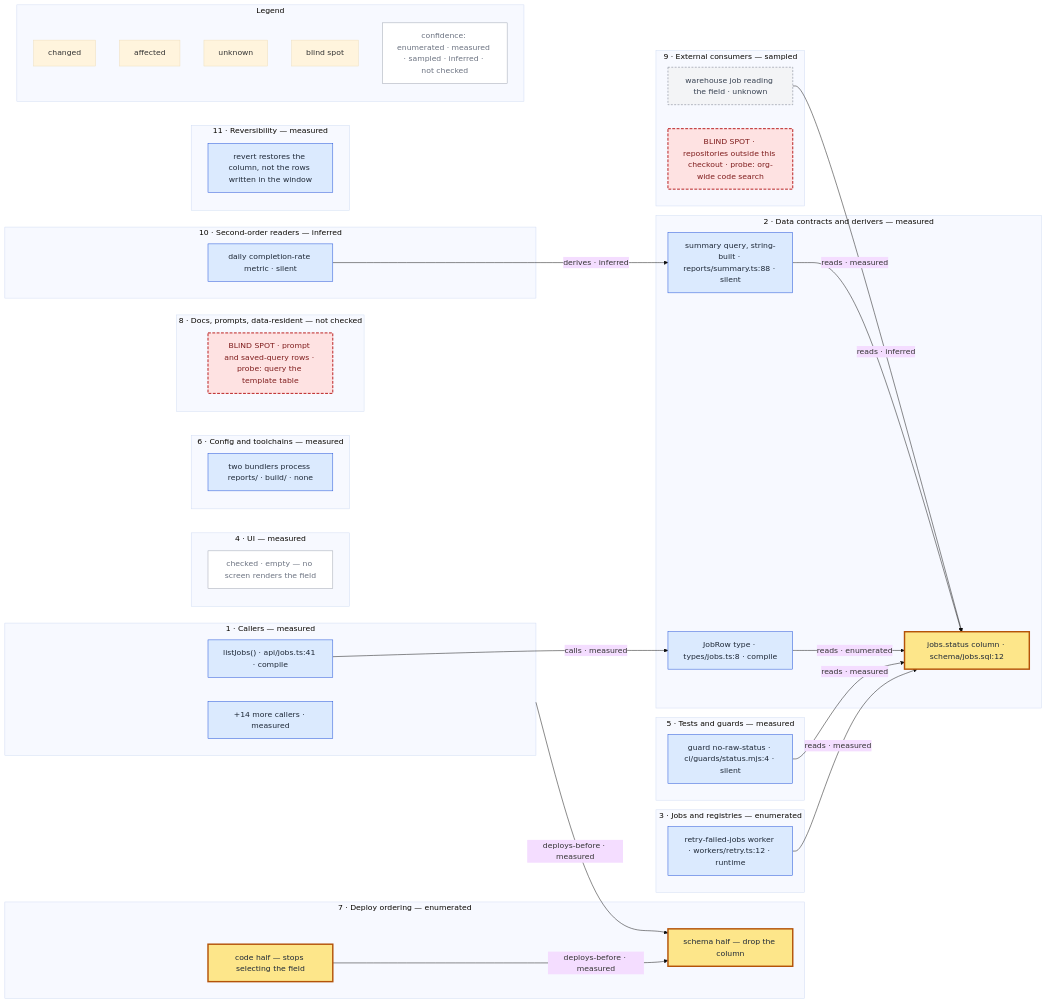
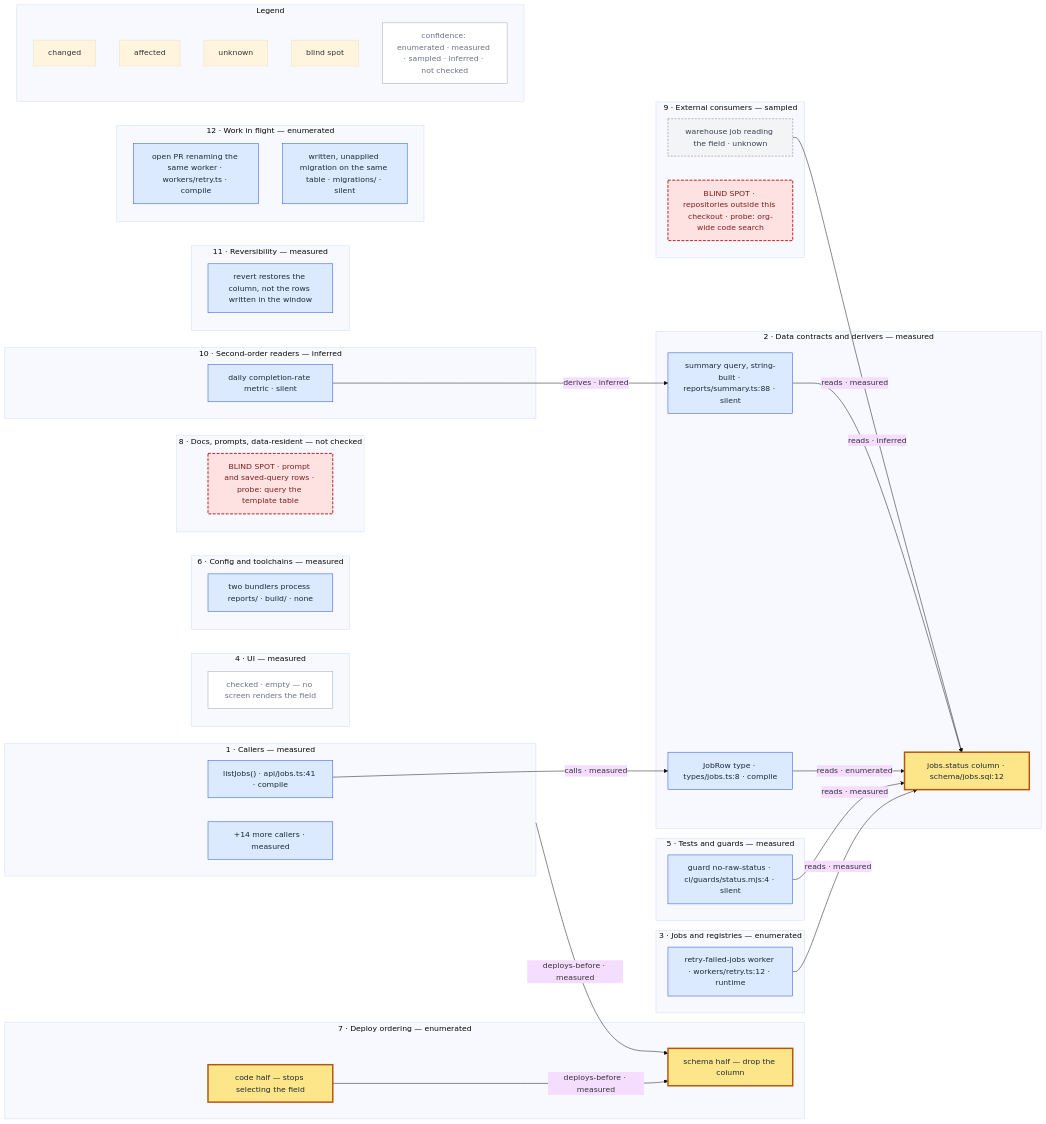
The diagram in skills/visualise-blast-area/references/worked-render.md (crissmoldovan/agent-skills), drawn with Mermaid (base theme) before and after one commit. The commit also changed other lines of this file and 8 other files, not shown here.

First line of the commit message:
feat(blast-area): add the work-in-flight surface, and make a discard something the map can show

````diff
--- a/skills/visualise-blast-area/references/worked-render.md
+++ b/skills/visualise-blast-area/references/worked-render.md
@@ -49,70 +49,74 @@
 ```mermaid
 flowchart LR
   subgraph s_callers["1 · Callers — measured"]
     n3["listJobs() · api/jobs.ts:41 · compile"]
     n5["+14 more callers · measured"]
   end
   subgraph s_data_contracts["2 · Data contracts and derivers — measured"]
     n1["jobs.status column · schema/jobs.sql:12"]
     n2["JobRow type · types/jobs.ts:8 · compile"]
     n4["summary query, string-built · reports/summary.ts:88 · silent"]
   end
   subgraph s_jobs["3 · Jobs and registries — enumerated"]
     n6["retry-failed-jobs worker · workers/retry.ts:12 · runtime"]
   end
   subgraph s_ui["4 · UI — measured"]
     c1["checked · empty — no screen renders the field"]
   end
   subgraph s_tests_and_guards["5 · Tests and guards — measured"]
     n9["guard no-raw-status · ci/guards/status.mjs:4 · silent"]
   end
   subgraph s_config_and_toolchains["6 · Config and toolchains — measured"]
     n10["two bundlers process reports/ · build/ · none"]
   end
   subgraph s_deploy_ordering["7 · Deploy ordering — enumerated"]
     n11["code half — stops selecting the field"]
     n12["schema half — drop the column"]
   end
   subgraph s_docs_and_data_resident["8 · Docs, prompts, data-resident — not checked"]
     b1["BLIND SPOT · prompt and saved-query rows · probe: query the template table"]
   end
   subgraph s_external_consumers["9 · External consumers — sampled"]
     n13["warehouse job reading the field · unknown"]
     b2["BLIND SPOT · repositories outside this checkout · probe: org-wide code search"]
   end
   subgraph s_second_order["10 · Second-order readers — inferred"]
     n14["daily completion-rate metric · silent"]
   end
   subgraph s_reversibility["11 · Reversibility — measured"]
     n15["revert restores the column, not the rows written in the window"]
   end
+  subgraph s_work_in_flight["12 · Work in flight — enumerated"]
+    n16["open PR renaming the same worker · workers/retry.ts · compile"]
+    n17["written, unapplied migration on the same table · migrations/ · silent"]
+  end
   subgraph s_legend["Legend"]
     L1["changed"]
     L2["affected"]
     L3["unknown"]
     L4["blind spot"]
     L5["confidence: enumerated · measured · sampled · inferred · not checked"]
   end
 
   n3 -->|calls · measured| n2
   n2 -->|reads · enumerated| n1
   n4 -->|reads · measured| n1
   n6 -->|reads · measured| n1
   n9 -->|reads · measured| n1
   n13 -->|reads · inferred| n1
   n14 -->|derives · inferred| n4
   n11 -->|deploys-before · measured| n12
   s_callers -->|deploys-before · measured| n12
 
   classDef changed   fill:#fde68a,stroke:#b45309,stroke-width:3px,color:#1f2937
   classDef affected  fill:#dbeafe,stroke:#1d4ed8,stroke-width:1px,color:#1f2937
   classDef unknown   fill:#f3f4f6,stroke:#6b7280,stroke-width:1px,stroke-dasharray:4 3,color:#374151
   classDef blindspot fill:#fee2e2,stroke:#b91c1c,stroke-width:2px,stroke-dasharray:6 3,color:#7f1d1d
   classDef coverage  fill:#ffffff,stroke:#9ca3af,stroke-width:1px,color:#6b7280
 
   class n1,n11,n12 changed
-  class n2,n3,n4,n5,n6,n9,n10,n14,n15 affected
+  class n2,n3,n4,n5,n6,n9,n10,n14,n15,n16,n17 affected
   class n13 unknown
   class b1,b2 blindspot
   class c1,L5 coverage
 ```
````
